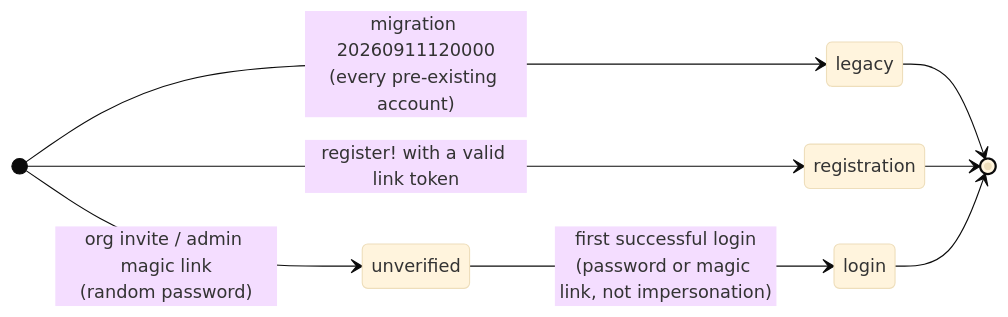
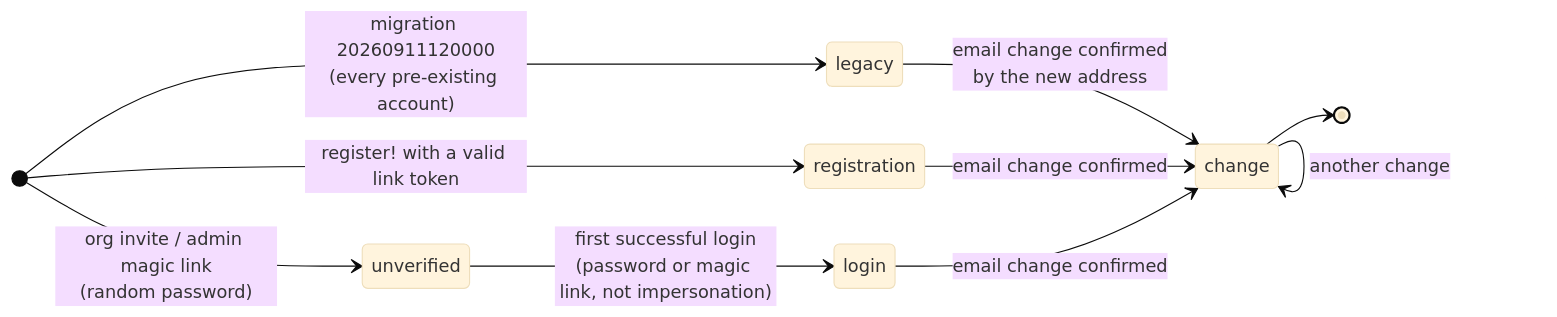
One commit to lipas-liikuntapaikat/lipas changed the third of 3 diagrams in docs/user-registration.md. Above: the diagram before and after it, drawn with Mermaid (base theme). The commit also changed other lines of this file and 33 other files, not shown here.

````diff
--- a/docs/user-registration.md
+++ b/docs/user-registration.md
@@ -120,11 +120,13 @@
 ```mermaid
 stateDiagram-v2
     direction LR
     [*] --> legacy: migration 20260911120000<br/>(every pre-existing account)
     [*] --> registration: register! with a valid link token
     [*] --> unverified: org invite / admin magic link<br/>(random password)
     unverified --> login: first successful login<br/>(password or magic link, not impersonation)
-    legacy --> [*]
-    registration --> [*]
-    login --> [*]
+    legacy --> change: email change confirmed<br/>by the new address
+    registration --> change: email change confirmed
+    login --> change: email change confirmed
+    change --> change: another change
+    change --> [*]
 ```
````
